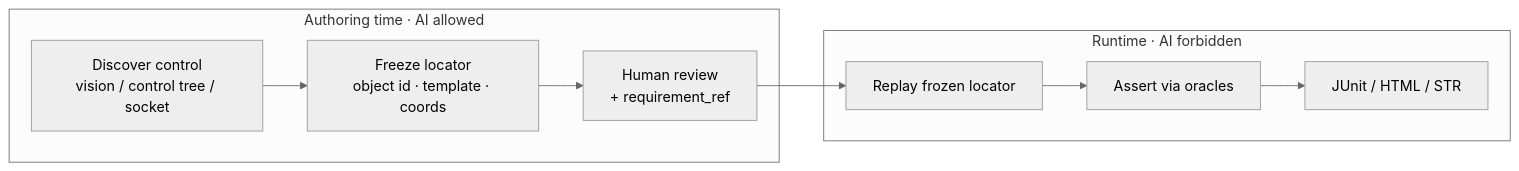
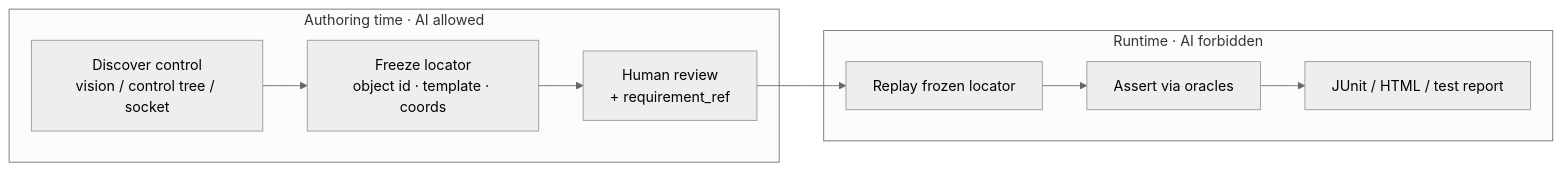
Before and after one commit to ErkanBarin/multiLaneTesting: the first of 3 diagrams in ARCHITECTURE.md, drawn with Mermaid (neutral theme). The commit also changed 5 other files, not shown here.

````diff
--- a/ARCHITECTURE.md
+++ b/ARCHITECTURE.md
@@ -25,10 +25,10 @@
 ```mermaid
 flowchart LR
   subgraph Authoring[Authoring time · AI allowed]
     discover[Discover control<br/>vision / control tree / socket] --> freeze[Freeze locator<br/>object id · template · coords] --> review[Human review<br/>+ requirement_ref]
   end
   subgraph Runtime[Runtime · AI forbidden]
-    replay[Replay frozen locator] --> assert[Assert via oracles] --> evidence[JUnit / HTML / STR]
+    replay[Replay frozen locator] --> assert[Assert via oracles] --> evidence[JUnit / HTML / test report]
   end
   review --> replay
 ```
````
